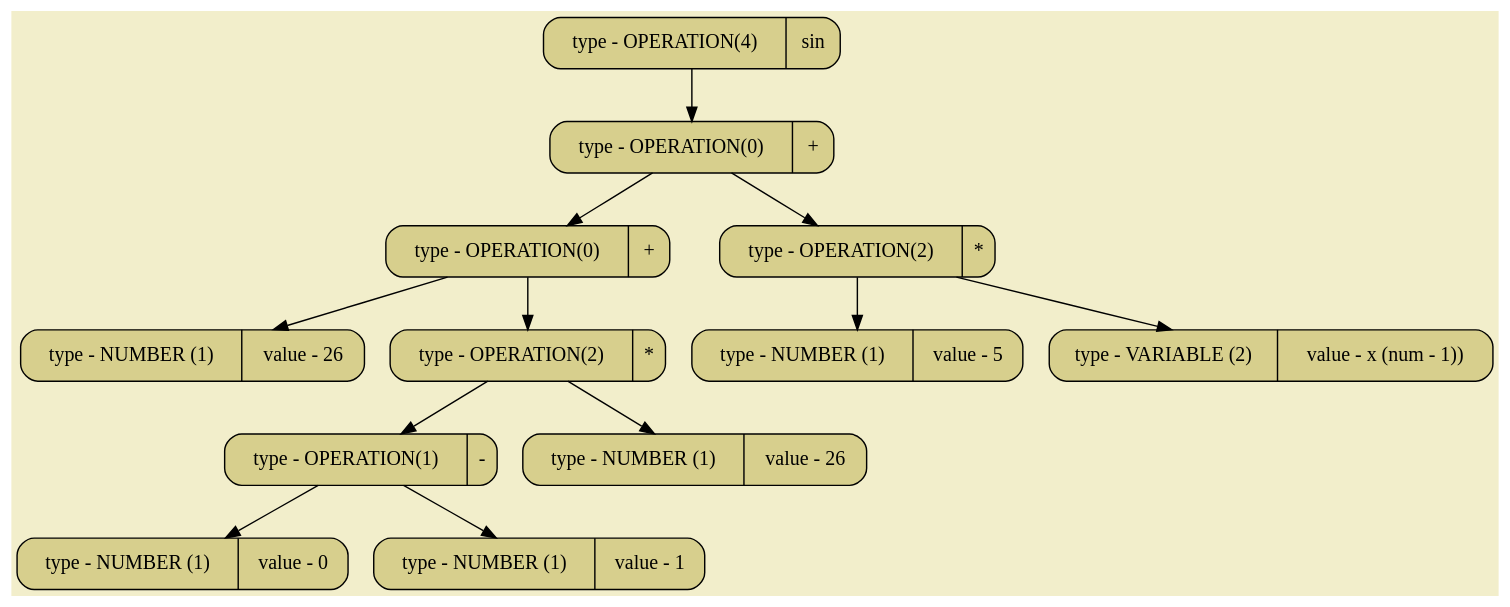
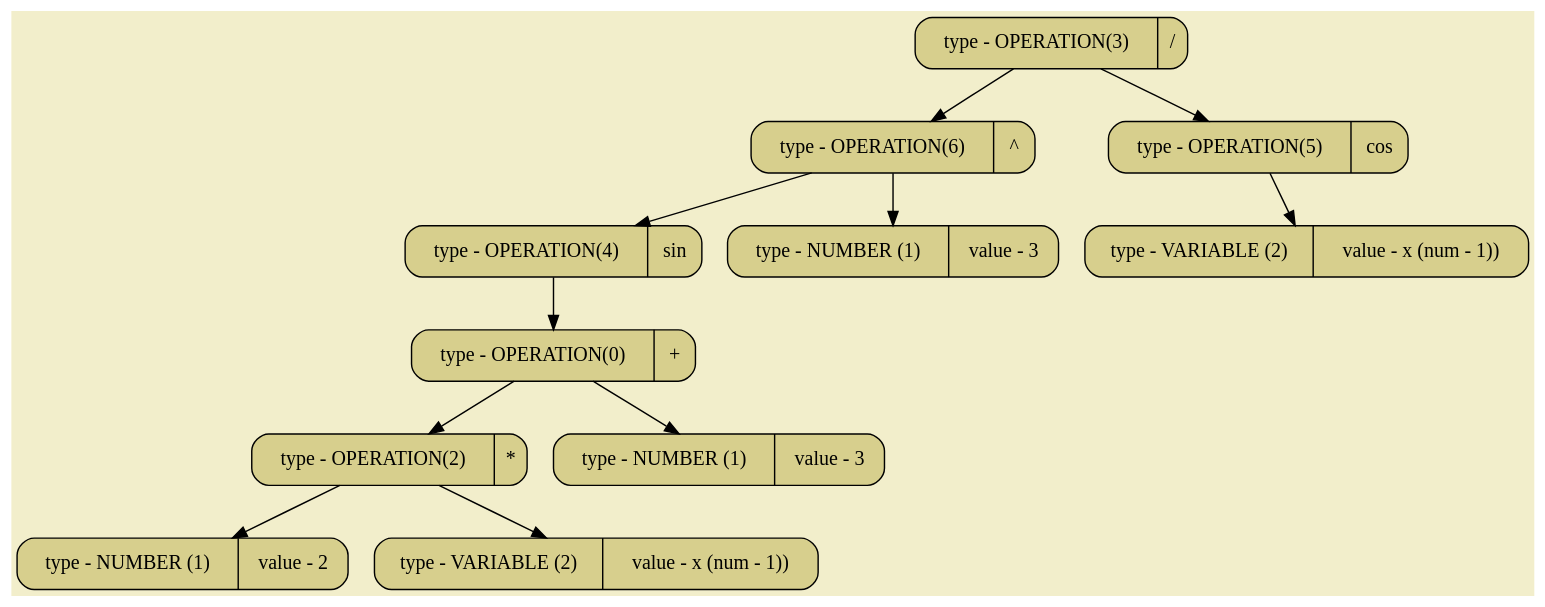
Before and after one commit to SashaKhaytina/Differenciator: the diagram in pictures/image01.dot, drawn with Graphviz. The commit also changed 20 other files, not shown here.

```diff
--- a/pictures/image01.dot
+++ b/pictures/image01.dot
@@ -1,28 +1,26 @@
 digraph
 {
 bgcolor="#F2EECB";
 rankdir = TB;
-POINT_0x5f956eb30490[shape=Mrecord, label = "type - OPERATION(4) | sin", style="filled",fillcolor="#D7CF8D"]
-POINT_0x5f956eb30598[shape=Mrecord, label = "type - OPERATION(0) | +", style="filled",fillcolor="#D7CF8D"]
-POINT_0x5f956eb304d8[shape=Mrecord, label = "type - OPERATION(0) | +", style="filled",fillcolor="#D7CF8D"]
-POINT_0x5f956eb304c0[shape=Mrecord, label = "type - NUMBER (1) | value - 26", style="filled",fillcolor="#D7CF8D"]
-POINT_0x5f956eb30568[shape=Mrecord, label = "type - OPERATION(2) | *", style="filled",fillcolor="#D7CF8D"]
-POINT_0x5f956eb30520[shape=Mrecord, label = "type - OPERATION(1) | -", style="filled",fillcolor="#D7CF8D"]
-POINT_0x5f956eb30508[shape=Mrecord, label = "type - NUMBER (1) | value - 0", style="filled",fillcolor="#D7CF8D"]
-POINT_0x5f956eb30538[shape=Mrecord, label = "type - NUMBER (1) | value - 1", style="filled",fillcolor="#D7CF8D"]
-POINT_0x5f956eb30580[shape=Mrecord, label = "type - NUMBER (1) | value - 26", style="filled",fillcolor="#D7CF8D"]
-POINT_0x5f956eb305c8[shape=Mrecord, label = "type - OPERATION(2) | *", style="filled",fillcolor="#D7CF8D"]
-POINT_0x5f956eb305b0[shape=Mrecord, label = "type - NUMBER (1) | value - 5", style="filled",fillcolor="#D7CF8D"]
-POINT_0x5f956eb305e0[shape=Mrecord, label = "type - VARIABLE (2) | value - x (num - 1))", style="filled",fillcolor="#D7CF8D"]
-POINT_0x5f956eb30490 -> POINT_0x5f956eb30598
-POINT_0x5f956eb30598 -> POINT_0x5f956eb304d8
-POINT_0x5f956eb30598 -> POINT_0x5f956eb305c8
-POINT_0x5f956eb304d8 -> POINT_0x5f956eb304c0
-POINT_0x5f956eb304d8 -> POINT_0x5f956eb30568
-POINT_0x5f956eb30568 -> POINT_0x5f956eb30520
-POINT_0x5f956eb30568 -> POINT_0x5f956eb30580
-POINT_0x5f956eb30520 -> POINT_0x5f956eb30508
-POINT_0x5f956eb30520 -> POINT_0x5f956eb30538
-POINT_0x5f956eb305c8 -> POINT_0x5f956eb305b0
-POINT_0x5f956eb305c8 -> POINT_0x5f956eb305e0
+POINT_0x5aeaa54f65b0[shape=Mrecord, label = "type - OPERATION(3) | /", style="filled",fillcolor="#D7CF8D"]
+POINT_0x5aeaa54f6580[shape=Mrecord, label = "type - OPERATION(6) | ^", style="filled",fillcolor="#D7CF8D"]
+POINT_0x5aeaa54f64a8[shape=Mrecord, label = "type - OPERATION(4) | sin", style="filled",fillcolor="#D7CF8D"]
+POINT_0x5aeaa54f6520[shape=Mrecord, label = "type - OPERATION(0) | +", style="filled",fillcolor="#D7CF8D"]
+POINT_0x5aeaa54f64f0[shape=Mrecord, label = "type - OPERATION(2) | *", style="filled",fillcolor="#D7CF8D"]
+POINT_0x5aeaa54f64d8[shape=Mrecord, label = "type - NUMBER (1) | value - 2", style="filled",fillcolor="#D7CF8D"]
+POINT_0x5aeaa54f6508[shape=Mrecord, label = "type - VARIABLE (2) | value - x (num - 1))", style="filled",fillcolor="#D7CF8D"]
+POINT_0x5aeaa54f6538[shape=Mrecord, label = "type - NUMBER (1) | value - 3", style="filled",fillcolor="#D7CF8D"]
+POINT_0x5aeaa54f6598[shape=Mrecord, label = "type - NUMBER (1) | value - 3", style="filled",fillcolor="#D7CF8D"]
+POINT_0x5aeaa54f65c8[shape=Mrecord, label = "type - OPERATION(5) | cos", style="filled",fillcolor="#D7CF8D"]
+POINT_0x5aeaa54f65f8[shape=Mrecord, label = "type - VARIABLE (2) | value - x (num - 1))", style="filled",fillcolor="#D7CF8D"]
+POINT_0x5aeaa54f65b0 -> POINT_0x5aeaa54f6580
+POINT_0x5aeaa54f65b0 -> POINT_0x5aeaa54f65c8
+POINT_0x5aeaa54f6580 -> POINT_0x5aeaa54f64a8
+POINT_0x5aeaa54f6580 -> POINT_0x5aeaa54f6598
+POINT_0x5aeaa54f64a8 -> POINT_0x5aeaa54f6520
+POINT_0x5aeaa54f6520 -> POINT_0x5aeaa54f64f0
+POINT_0x5aeaa54f6520 -> POINT_0x5aeaa54f6538
+POINT_0x5aeaa54f64f0 -> POINT_0x5aeaa54f64d8
+POINT_0x5aeaa54f64f0 -> POINT_0x5aeaa54f6508
+POINT_0x5aeaa54f65c8 -> POINT_0x5aeaa54f65f8
 }
```
